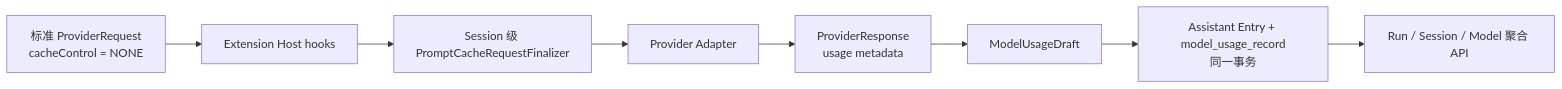
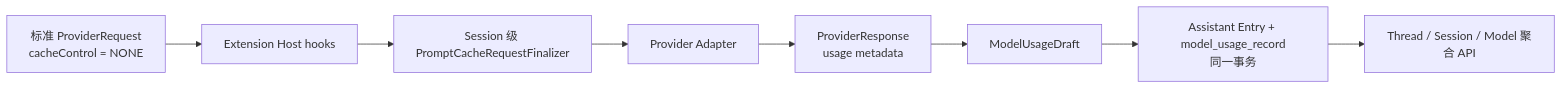
Before and after one commit to fengwk/kk-studio: the diagram in docs/technical-solution/prompt-cache-usage-cost.md, drawn with Mermaid. The commit also changed other lines of this file and 433 other files, not shown here.

````diff
--- a/docs/technical-solution/prompt-cache-usage-cost.md
+++ b/docs/technical-solution/prompt-cache-usage-cost.md
@@ -7,10 +7,10 @@
 ```mermaid
 flowchart LR
     A[标准 ProviderRequest<br/>cacheControl = NONE] --> B[Extension Host hooks]
     B --> C[Session 级 PromptCacheRequestFinalizer]
     C --> D[Provider Adapter]
     D --> E[ProviderResponse<br/>usage metadata]
     E --> F[ModelUsageDraft]
     F --> G[Assistant Entry + model_usage_record<br/>同一事务]
-    G --> H[Run / Session / Model 聚合 API]
+    G --> H[Thread / Session / Model 聚合 API]
 ```
````
